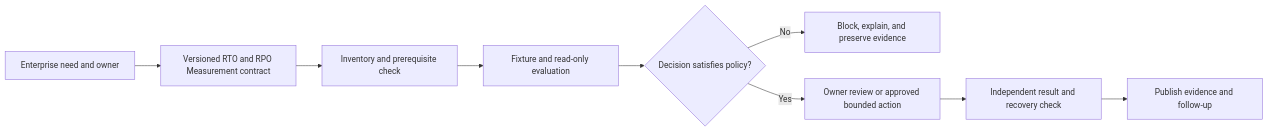
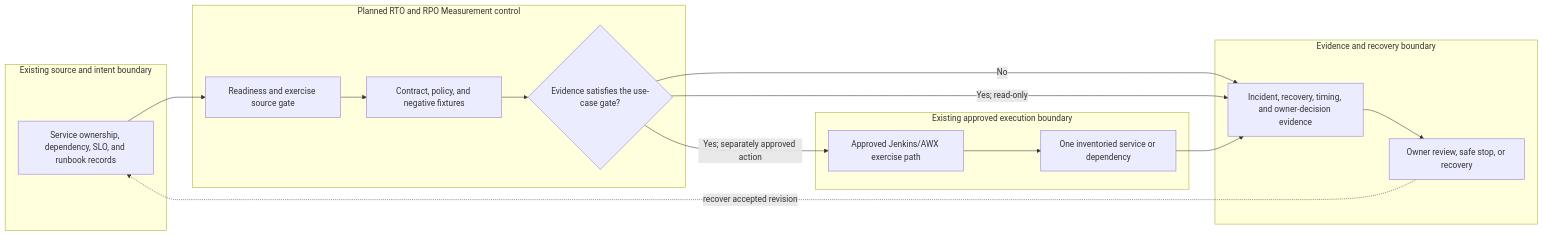
One commit to MIDHTECH/enterprise-architecture-docs changed the diagram in docs/use-cases/resilience/UC-RSO-017-rto-and-rpo-measurement.md. Above: the diagram before and after it, drawn with Mermaid. The commit also changed other lines of this file and 227 other files, not shown here.

Commit message:
Deepen architecture for all use case designs

````diff
--- a/docs/use-cases/resilience/UC-RSO-017-rto-and-rpo-measurement.md
+++ b/docs/use-cases/resilience/UC-RSO-017-rto-and-rpo-measurement.md
@@ -136,11 +129,25 @@
 ```mermaid
 flowchart LR
-    Need["Enterprise need and owner"] --> Contract["Versioned RTO and RPO Measurement contract"]
-    Contract --> Preflight["Inventory and prerequisite check"]
-    Preflight --> Evaluate["Fixture and read-only evaluation"]
-    Evaluate --> Decision{"Decision satisfies policy?"}
-    Decision -->|No| Stop["Block, explain, and preserve evidence"]
-    Decision -->|Yes| Review["Owner review or approved bounded action"]
-    Review --> Verify["Independent result and recovery check"]
-    Verify --> Publish["Publish evidence and follow-up"]
+    subgraph Source["Existing source and intent boundary"]
+        A["Service ownership, dependency, SLO, and runbook records"]
+    end
+    subgraph Planned["Planned RTO and RPO Measurement control"]
+        B["Readiness and exercise source gate"]
+        C["Contract, policy, and negative fixtures"]
+        D{"Evidence satisfies the use-case gate?"}
+    end
+    subgraph Runtime["Existing approved execution boundary"]
+        E["Approved Jenkins/AWX exercise path"]
+        F["One inventoried service or dependency"]
+    end
+    subgraph Assurance["Evidence and recovery boundary"]
+        G["Incident, recovery, timing, and owner-decision evidence"]
+        H["Owner review, safe stop, or recovery"]
+    end
+
+    A --> B --> C --> D
+    D -->|No| G --> H
+    D -->|Yes; read-only| G
+    D -->|Yes; separately approved action| E --> F --> G
+    H -. recover accepted revision .-> A
 ```
````
